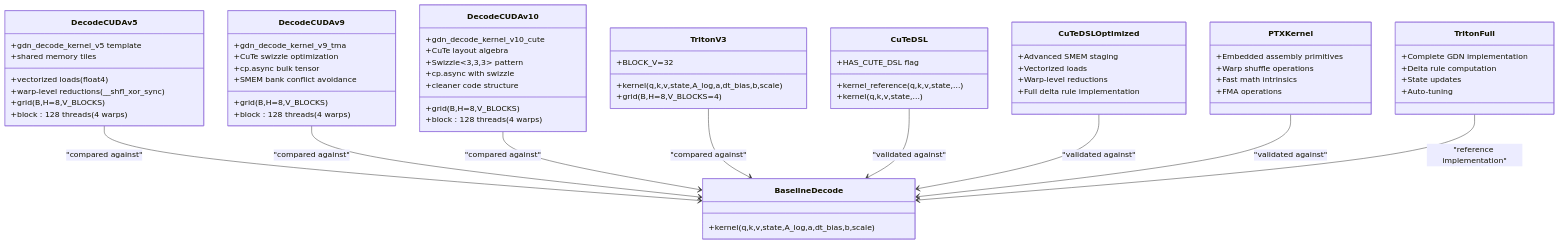
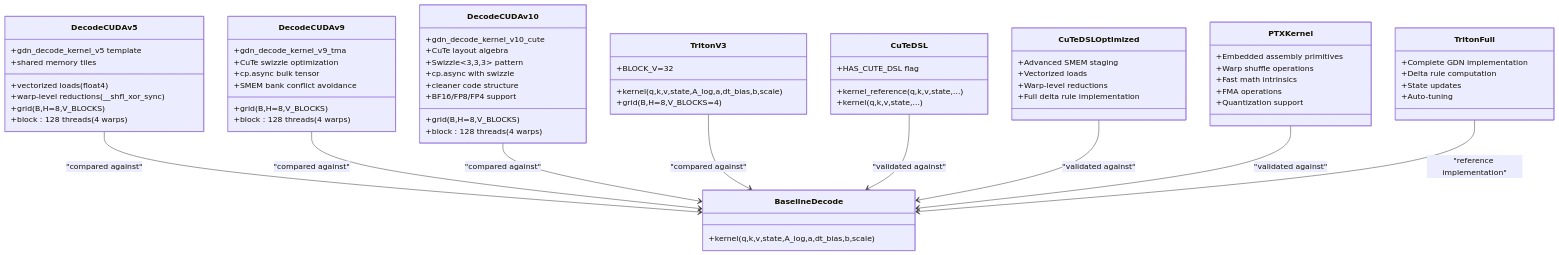
Before and after one commit to gugudeshubao/flashinfer-bench-tma-thrust: the ninth of 17 diagrams in .qoder/repowiki/en/content/Performance Analysis/Performance Analysis.md, drawn with Mermaid. The commit also changed other lines of this file and 5 other files, not shown here.

````diff
--- a/.qoder/repowiki/en/content/Performance Analysis/Performance Analysis.md
+++ b/.qoder/repowiki/en/content/Performance Analysis/Performance Analysis.md
@@ -534,67 +645,69 @@
 ```mermaid
 classDiagram
 class DecodeCUDAv5 {
 +gdn_decode_kernel_v5 template
 +vectorized loads (float4)
 +warp-level reductions (__shfl_xor_sync)
 +shared memory tiles
 +grid(B,H=8,V_BLOCKS)
 +block : 128 threads (4 warps)
 }
 class DecodeCUDAv9 {
 +gdn_decode_kernel_v9_tma
 +CuTe swizzle optimization
 +cp.async bulk tensor
 +SMEM bank conflict avoidance
 +grid(B,H=8,V_BLOCKS)
 +block : 128 threads (4 warps)
 }
 class DecodeCUDAv10 {
 +gdn_decode_kernel_v10_cute
 +CuTe layout algebra
 +Swizzle<3,3,3> pattern
 +cp.async with swizzle
 +cleaner code structure
 +grid(B,H=8,V_BLOCKS)
 +block : 128 threads (4 warps)
++BF16/FP8/FP4 support
 }
 class TritonV3 {
 +kernel(q,k,v,state,A_log,a,dt_bias,b,scale)
 +grid(B,H=8,V_BLOCKS=4)
 +BLOCK_V=32
 }
 class BaselineDecode {
 +kernel(q,k,v,state,A_log,a,dt_bias,b,scale)
 }
 class CuTeDSL {
 +kernel_reference(q,k,v,state,...)
 +kernel(q,k,v,state,...)
 +HAS_CUTE_DSL flag
 }
 class CuTeDSLOptimized {
 +Advanced SMEM staging
 +Vectorized loads
 +Warp-level reductions
 +Full delta rule implementation
 }
 class PTXKernel {
 +Embedded assembly primitives
 +Warp shuffle operations
 +Fast math intrinsics
 +FMA operations
++Quantization support
 }
 class TritonFull {
 +Complete GDN implementation
 +Delta rule computation
 +State updates
 +Auto-tuning
 }
 DecodeCUDAv5 --> BaselineDecode : "compared against"
 DecodeCUDAv9 --> BaselineDecode : "compared against"
 DecodeCUDAv10 --> BaselineDecode : "compared against"
 TritonV3 --> BaselineDecode : "compared against"
 CuTeDSL --> BaselineDecode : "validated against"
 CuTeDSLOptimized --> BaselineDecode : "validated against"
 PTXKernel --> BaselineDecode : "validated against"
 TritonFull --> BaselineDecode : "reference implementation"
 ```
````
